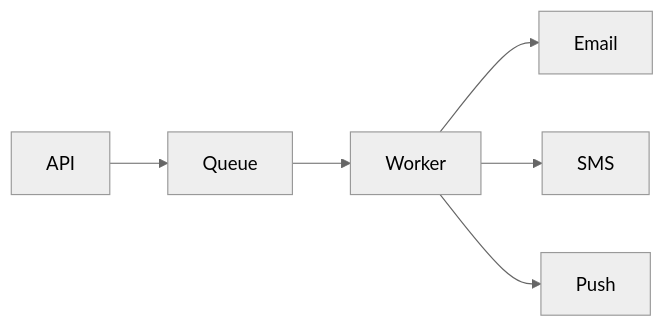
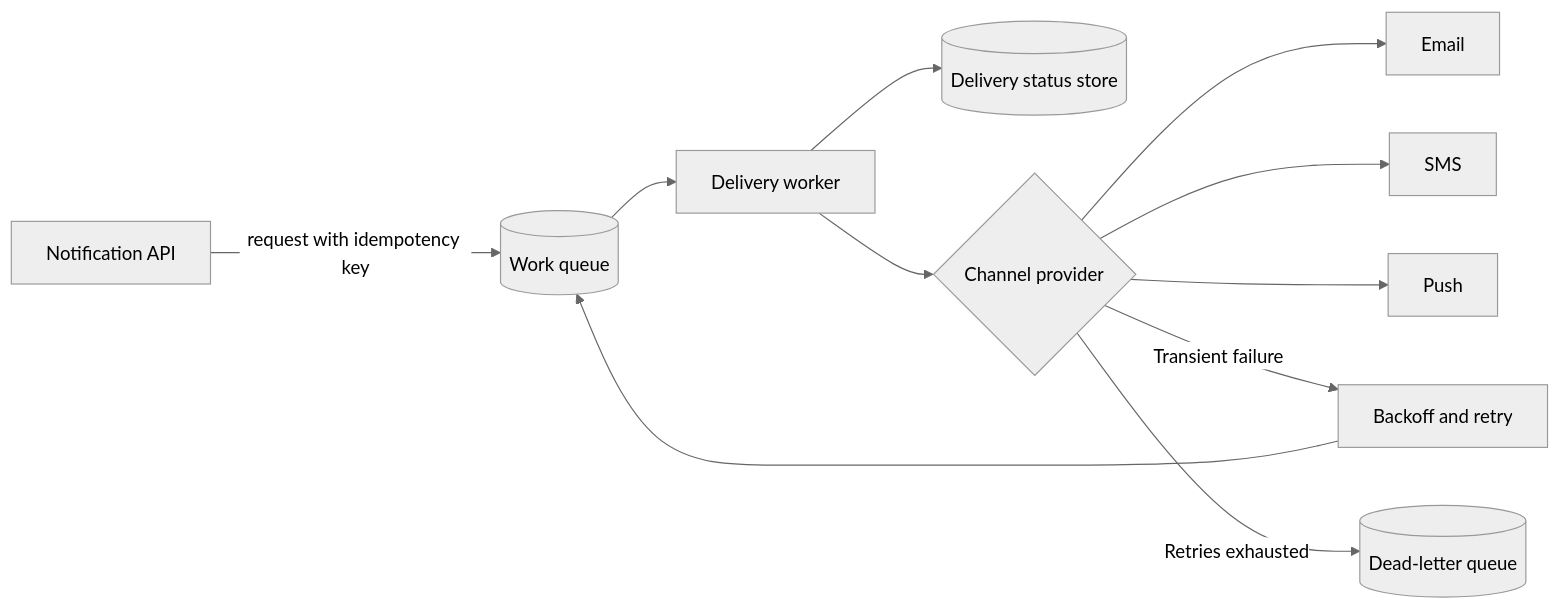
One commit to nahezsakharkar/interview-prep changed the diagram in 06-system-design/notification-system.md. Above: the diagram before and after it, drawn with Mermaid (neutral theme). The commit also changed 38 other files, not shown here.

Commit message:
diagrams added

````diff
--- a/06-system-design/notification-system.md
+++ b/06-system-design/notification-system.md
@@ -26,8 +26,13 @@
 ```mermaid
 flowchart LR
-    API --> Queue
-    Queue --> Worker
-    Worker --> Email
-    Worker --> SMS
-    Worker --> Push
+    API[Notification API] -->|request with idempotency key| Queue[(Work queue)]
+    Queue --> Worker[Delivery worker]
+    Worker --> Status[(Delivery status store)]
+    Worker --> Provider{Channel provider}
+    Provider --> Email[Email]
+    Provider --> SMS[SMS]
+    Provider --> Push[Push]
+    Provider -->|Transient failure| Retry[Backoff and retry]
+    Retry --> Queue
+    Provider -->|Retries exhausted| DLQ[(Dead-letter queue)]
 ```
````
